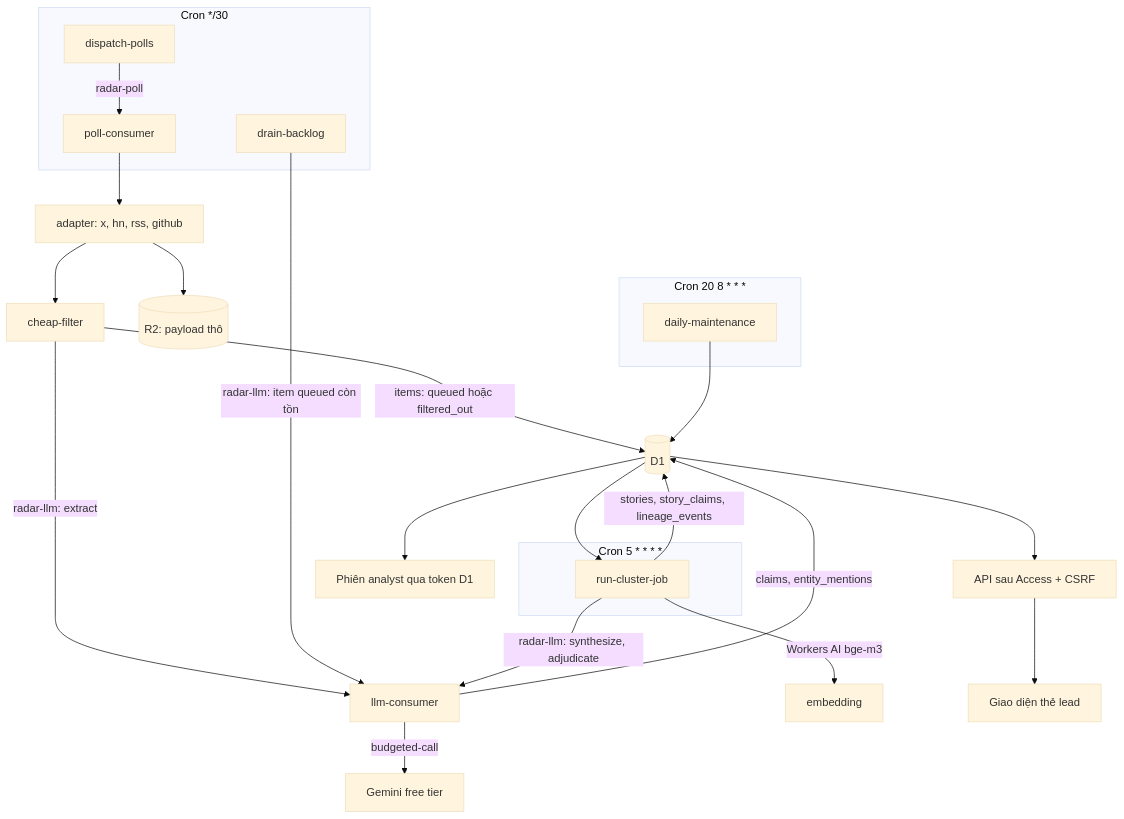
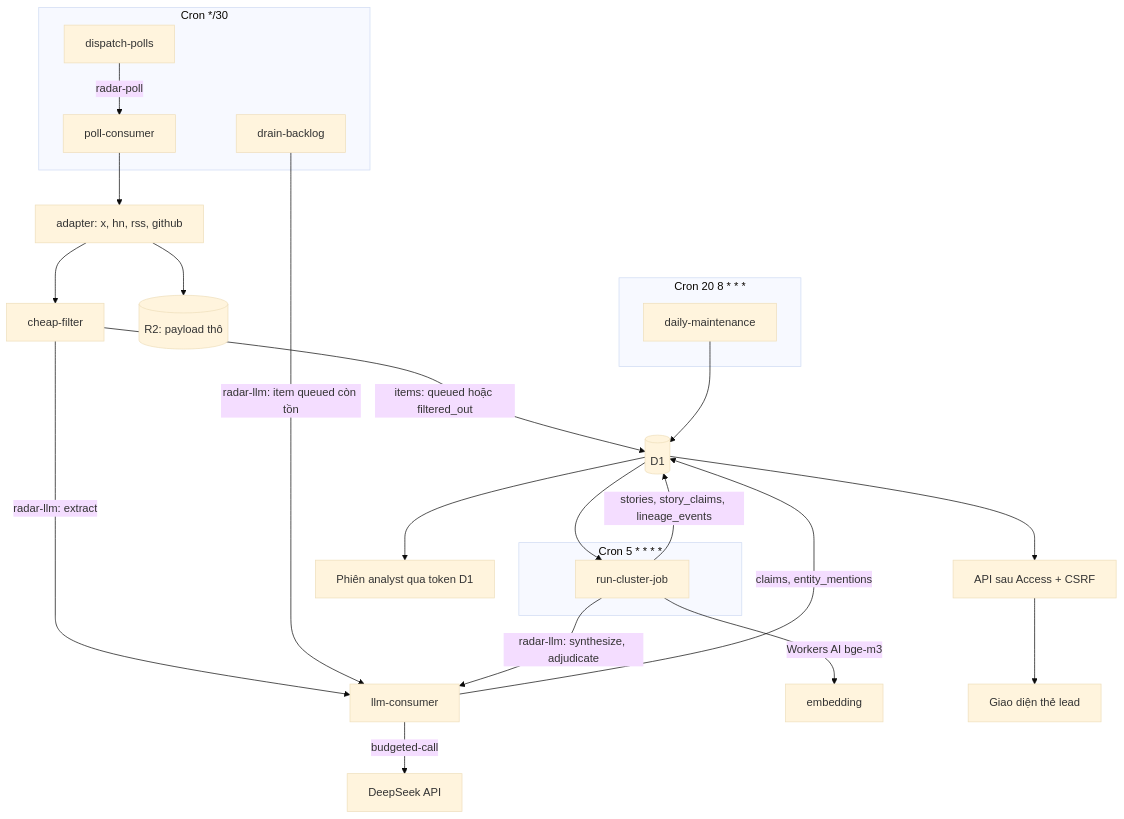
Before and after one commit to dijnie/content-radar: the diagram in docs/architecture.md, drawn with Mermaid (base theme). The commit also changed other lines of this file and 38 other files, not shown here.

Commit message:
feat(llm): replace Gemini with DeepSeek JSON calls

````diff
--- a/docs/architecture.md
+++ b/docs/architecture.md
@@ -7,28 +7,28 @@
 ```mermaid
 flowchart TD
   subgraph "Cron */30"
     D[dispatch-polls] -->|radar-poll| P[poll-consumer]
     DR[drain-backlog]
   end
   P --> AD[adapter: x, hn, rss, github]
   AD --> R2[(R2: payload thô)]
   AD --> F[cheap-filter]
   F -->|items: queued hoặc filtered_out| D1[(D1)]
   F -->|radar-llm: extract| L[llm-consumer]
   DR -->|radar-llm: item queued còn tồn| L
-  L -->|budgeted-call| G[Gemini free tier]
+  L -->|budgeted-call| G[DeepSeek API]
   L -->|claims, entity_mentions| D1
   subgraph "Cron 5 * * * *"
     C[run-cluster-job]
   end
   D1 --> C
   C -->|Workers AI bge-m3| E[embedding]
   C -->|stories, story_claims, lineage_events| D1
   C -->|radar-llm: synthesize, adjudicate| L
   subgraph "Cron 20 8 * * *"
     M[daily-maintenance]
   end
   M --> D1
   D1 --> API[API sau Access + CSRF] --> WEB[Giao diện thẻ lead]
   D1 --> AN[Phiên analyst qua token D1]
 ```
````
